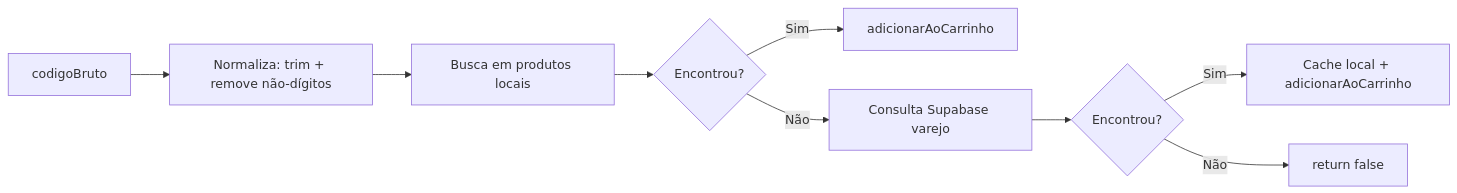
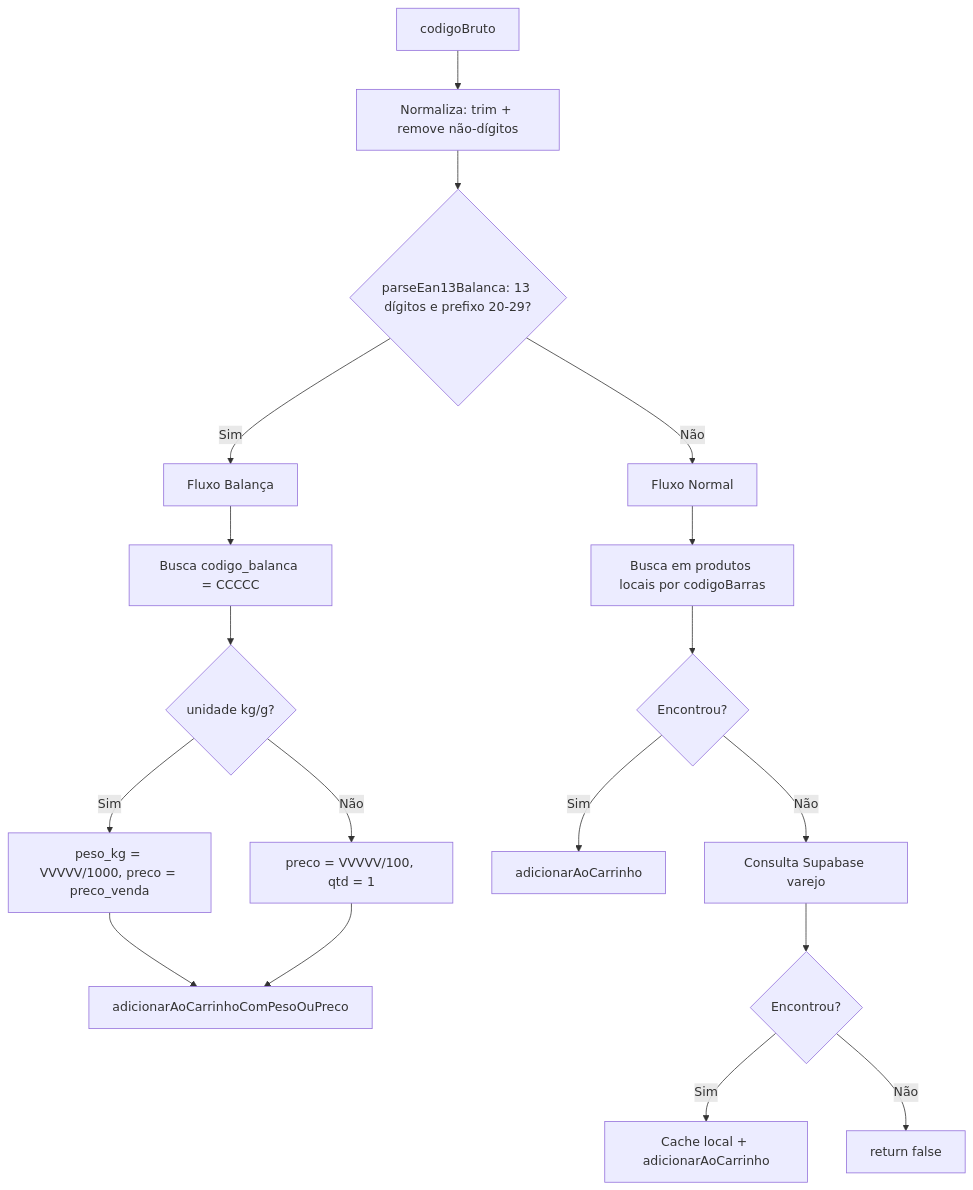
Before and after one commit to banana-soft-ai/Padaria: the third of 3 diagrams in docs/app-pages/page-caixa-fluxo-codigo-barras.md, drawn with Mermaid. The commit also changed other lines of this file and 5 other files, not shown here.

Commit message:
pdv com balança prix

````diff
--- a/docs/app-pages/page-caixa-fluxo-codigo-barras.md
+++ b/docs/app-pages/page-caixa-fluxo-codigo-barras.md
@@ -127,11 +127,20 @@
 ```mermaid
-flowchart LR
+flowchart TD
     A[codigoBruto] --> B[Normaliza: trim + remove não-dígitos]
-    B --> C[Busca em produtos locais]
-    C --> D{Encontrou?}
-    D -->|Sim| E[adicionarAoCarrinho]
-    D -->|Não| F[Consulta Supabase varejo]
-    F --> G{Encontrou?}
-    G -->|Sim| H[Cache local + adicionarAoCarrinho]
-    G -->|Não| I[return false]
+    B --> C{parseEan13Balanca: 13 dígitos e prefixo 20-29?}
+    C -->|Sim| D[Fluxo Balança]
+    C -->|Não| E[Fluxo Normal]
+    D --> D1[Busca codigo_balanca = CCCCC]
+    D1 --> D2{unidade kg/g?}
+    D2 -->|Sim| D3[peso_kg = VVVVV/1000, preco = preco_venda]
+    D2 -->|Não| D4[preco = VVVVV/100, qtd = 1]
+    D3 --> D5[adicionarAoCarrinhoComPesoOuPreco]
+    D4 --> D5
+    E --> E1[Busca em produtos locais por codigoBarras]
+    E1 --> E2{Encontrou?}
+    E2 -->|Sim| E3[adicionarAoCarrinho]
+    E2 -->|Não| E4[Consulta Supabase varejo]
+    E4 --> E5{Encontrou?}
+    E5 -->|Sim| E6[Cache local + adicionarAoCarrinho]
+    E5 -->|Não| E7[return false]
 ```
````
